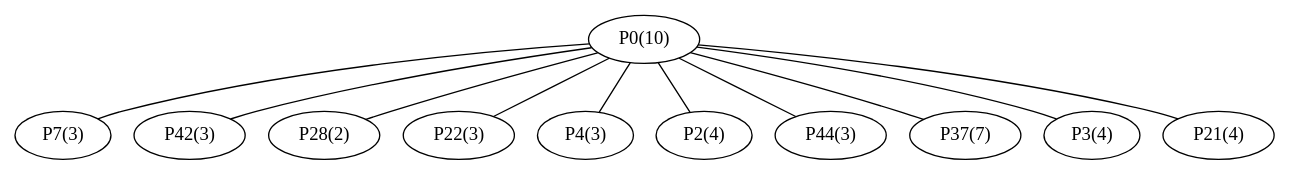
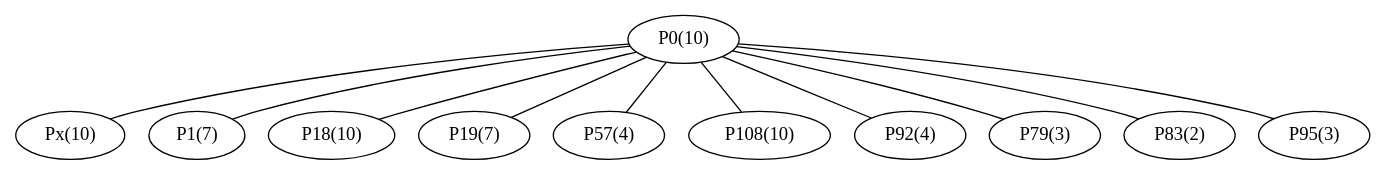
The diagram in files/P0/graph_P0.dot (afkpost/P2PN_2014), drawn with Graphviz before and after one commit. The commit also changed 110 other files, not shown here.

```diff
--- a/files/P0/graph_P0.dot
+++ b/files/P0/graph_P0.dot
@@ -1,23 +1,23 @@
 graph network {
 	"P0(10)";
-	"P7(3)";
-	"P42(3)";
-	"P28(2)";
-	"P22(3)";
-	"P4(3)";
-	"P2(4)";
-	"P44(3)";
-	"P37(7)";
-	"P3(4)";
-	"P21(4)";
-	"P0(10)" -- "P7(3)";
-	"P0(10)" -- "P42(3)";
-	"P0(10)" -- "P28(2)";
-	"P0(10)" -- "P22(3)";
-	"P0(10)" -- "P4(3)";
-	"P0(10)" -- "P2(4)";
-	"P0(10)" -- "P44(3)";
-	"P0(10)" -- "P37(7)";
-	"P0(10)" -- "P3(4)";
-	"P0(10)" -- "P21(4)";
+	"Px(10)";
+	"P1(7)";
+	"P18(10)";
+	"P19(7)";
+	"P57(4)";
+	"P108(10)";
+	"P92(4)";
+	"P79(3)";
+	"P83(2)";
+	"P95(3)";
+	"P0(10)" -- "Px(10)";
+	"P0(10)" -- "P1(7)";
+	"P0(10)" -- "P18(10)";
+	"P0(10)" -- "P19(7)";
+	"P0(10)" -- "P57(4)";
+	"P0(10)" -- "P108(10)";
+	"P0(10)" -- "P92(4)";
+	"P0(10)" -- "P79(3)";
+	"P0(10)" -- "P83(2)";
+	"P0(10)" -- "P95(3)";
 }
```
